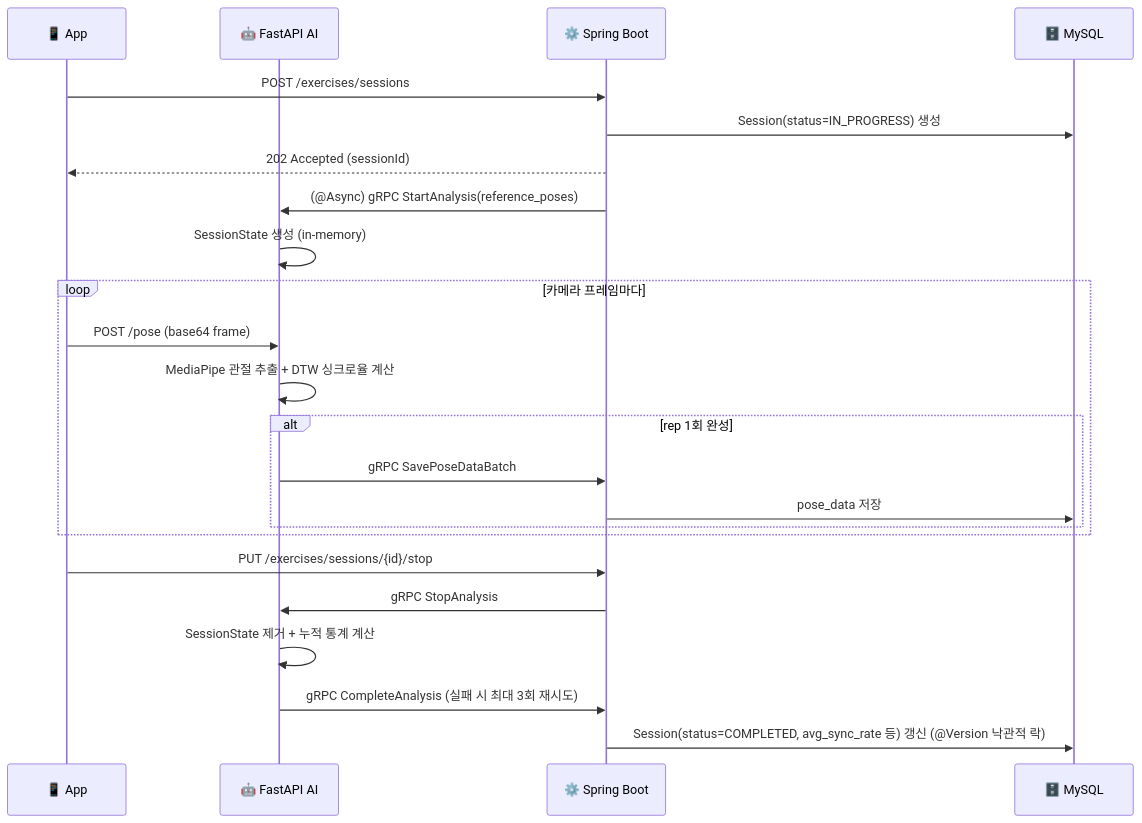
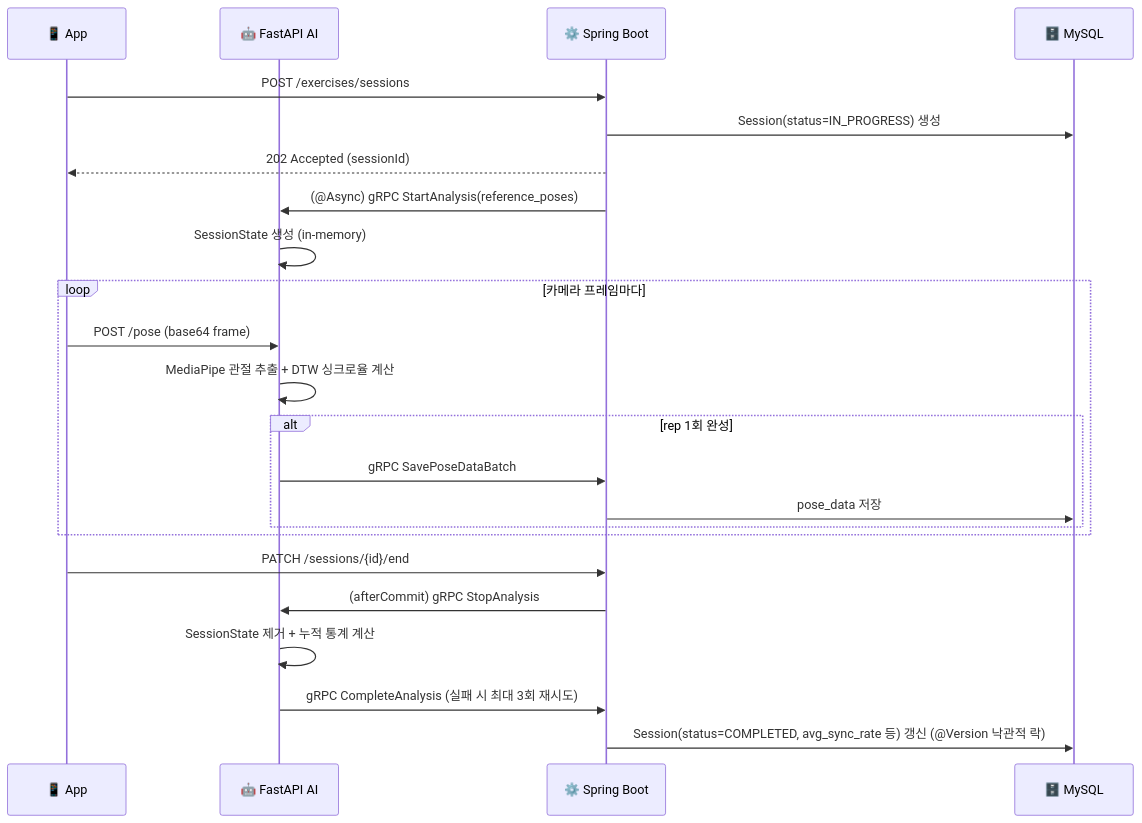
Before and after one commit to Shadowfit/.github: the second of 2 diagrams in profile/README.md, drawn with Mermaid. The commit also changed other lines of this file, not shown here.

````diff
--- a/profile/README.md
+++ b/profile/README.md
@@ -47,28 +64,28 @@
 ```mermaid
 sequenceDiagram
     participant FE as 📱 App
     participant AI as 🤖 FastAPI AI
     participant BE as ⚙️ Spring Boot
     participant DB as 🗄️ MySQL
 
     FE->>BE: POST /exercises/sessions
     BE->>DB: Session(status=IN_PROGRESS) 생성
     BE-->>FE: 202 Accepted (sessionId)
     BE->>AI: (@Async) gRPC StartAnalysis(reference_poses)
     AI->>AI: SessionState 생성 (in-memory)
 
     loop 카메라 프레임마다
         FE->>AI: POST /pose (base64 frame)
         AI->>AI: MediaPipe 관절 추출 + DTW 싱크로율 계산
         alt rep 1회 완성
             AI->>BE: gRPC SavePoseDataBatch
             BE->>DB: pose_data 저장
         end
     end
 
-    FE->>BE: PUT /exercises/sessions/{id}/stop
-    BE->>AI: gRPC StopAnalysis
+    FE->>BE: PATCH /sessions/{id}/end
+    BE->>AI: (afterCommit) gRPC StopAnalysis
     AI->>AI: SessionState 제거 + 누적 통계 계산
     AI->>BE: gRPC CompleteAnalysis (실패 시 최대 3회 재시도)
     BE->>DB: Session(status=COMPLETED, avg_sync_rate 등) 갱신 (@Version 낙관적 락)
 ```
````
